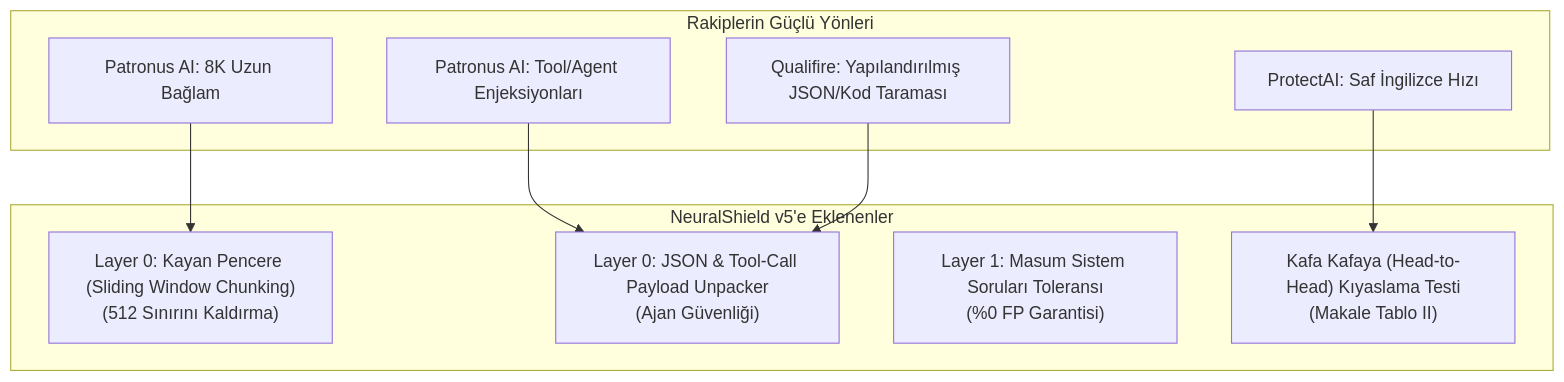
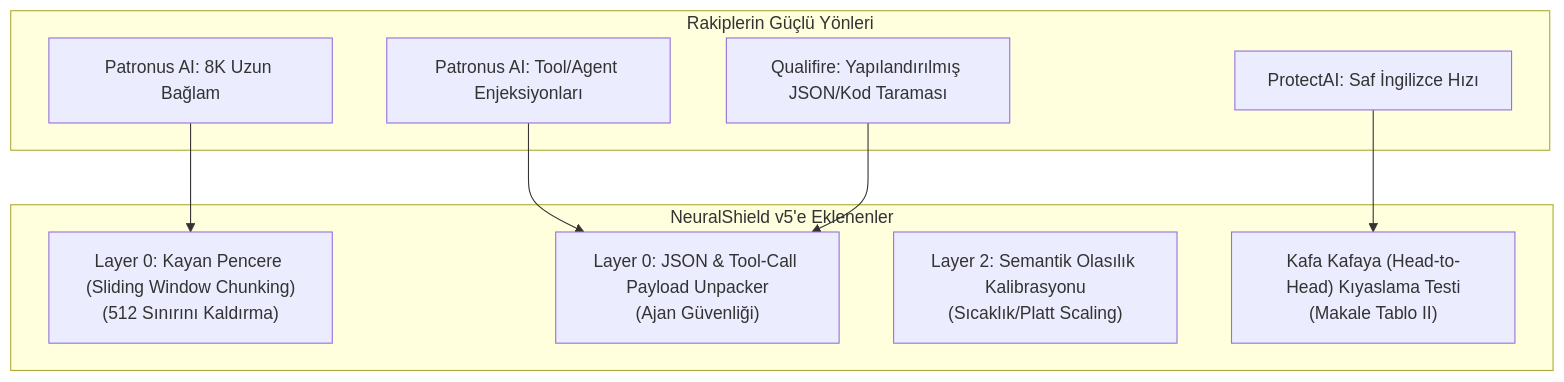
One commit to Mustafa-Caliskan/ai-soc-agent-lab changed the diagram in docs/NEURALSHIELD_SOTA_GELISTIRME_PLANI.md. Above: the diagram before and after it, drawn with Mermaid.

Commit message:
docs: update Mermaid diagram NS3 node in SOTA plan to Layer 2 calibration

````diff
--- a/docs/NEURALSHIELD_SOTA_GELISTIRME_PLANI.md
+++ b/docs/NEURALSHIELD_SOTA_GELISTIRME_PLANI.md
@@ -11,21 +11,21 @@
 ```mermaid
 flowchart TD
     subgraph Rakipler["Rakiplerin Güçlü Yönleri"]
         P1["Patronus AI: 8K Uzun Bağlam"]
         P2["Patronus AI: Tool/Agent Enjeksiyonları"]
         Q1["Qualifire: Yapılandırılmış JSON/Kod Taraması"]
         PR1["ProtectAI: Saf İngilizce Hızı"]
     end
 
     subgraph NeuralShield["NeuralShield v5'e Eklenenler"]
         NS1["Layer 0: Kayan Pencere (Sliding Window Chunking)<br/>(512 Sınırını Kaldırma)"]
         NS2["Layer 0: JSON & Tool-Call Payload Unpacker<br/>(Ajan Güvenliği)"]
-        NS3["Layer 1: Masum Sistem Soruları Toleransı<br/>(%0 FP Garantisi)"]
+        NS3["Layer 2: Semantik Olasılık Kalibrasyonu<br/>(Sıcaklık/Platt Scaling)"]
         NS4["Kafa Kafaya (Head-to-Head) Kıyaslama Testi<br/>(Makale Tablo II)"]
     end
 
     P1 --> NS1
     P2 --> NS2
     Q1 --> NS2
     PR1 --> NS4
 ```
````
